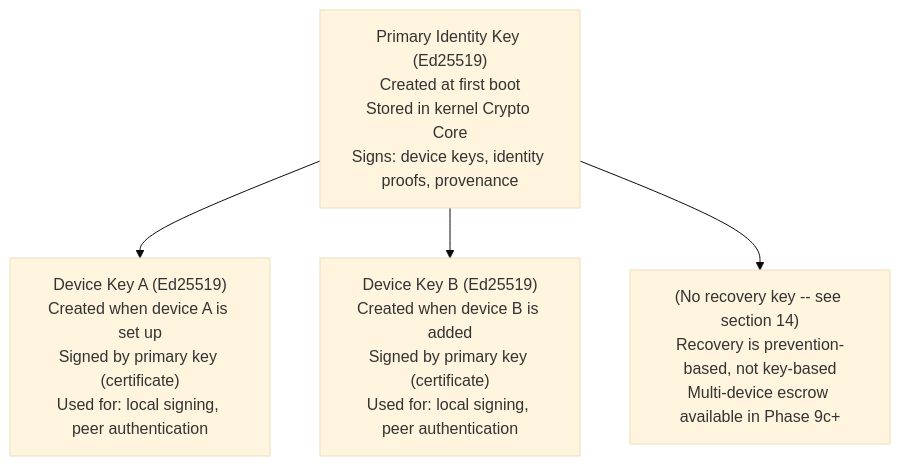
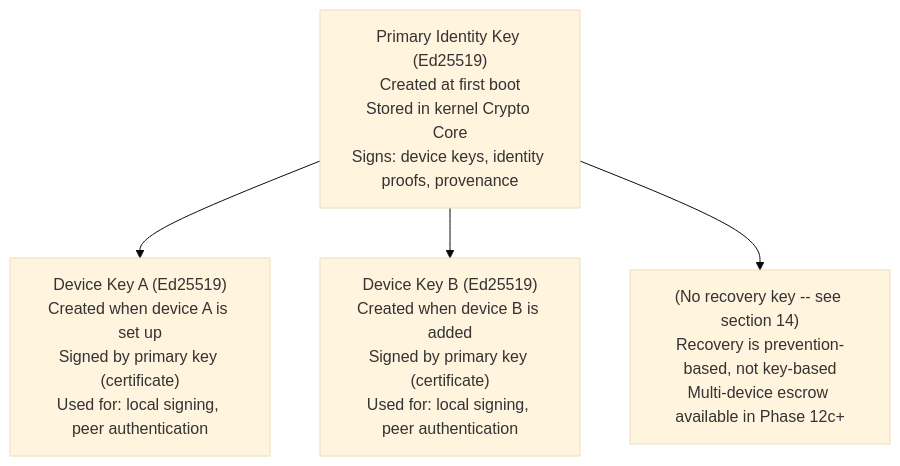
The second of 3 diagrams in docs/experience/identity.md (juslee/aios), drawn with Mermaid (base theme) before and after one commit. The commit also changed other lines of this file and 94 other files, not shown here.

````diff
--- a/docs/experience/identity.md
+++ b/docs/experience/identity.md
@@ -223,22 +223,22 @@
 ```mermaid
 flowchart TD
     PIK["`Primary Identity Key (Ed25519)
 Created at first boot
 Stored in kernel Crypto Core
 Signs: device keys, identity proofs, provenance`"]
     DKA["`Device Key A (Ed25519)
 Created when device A is set up
 Signed by primary key (certificate)
 Used for: local signing, peer authentication`"]
     DKB["`Device Key B (Ed25519)
 Created when device B is added
 Signed by primary key (certificate)
 Used for: local signing, peer authentication`"]
     NRK["`(No recovery key -- see section 14)
 Recovery is prevention-based, not key-based
-Multi-device escrow available in Phase 9c+`"]
+Multi-device escrow available in Phase 12c+`"]
 
     PIK --> DKA
     PIK --> DKB
     PIK --> NRK
 ```
````
